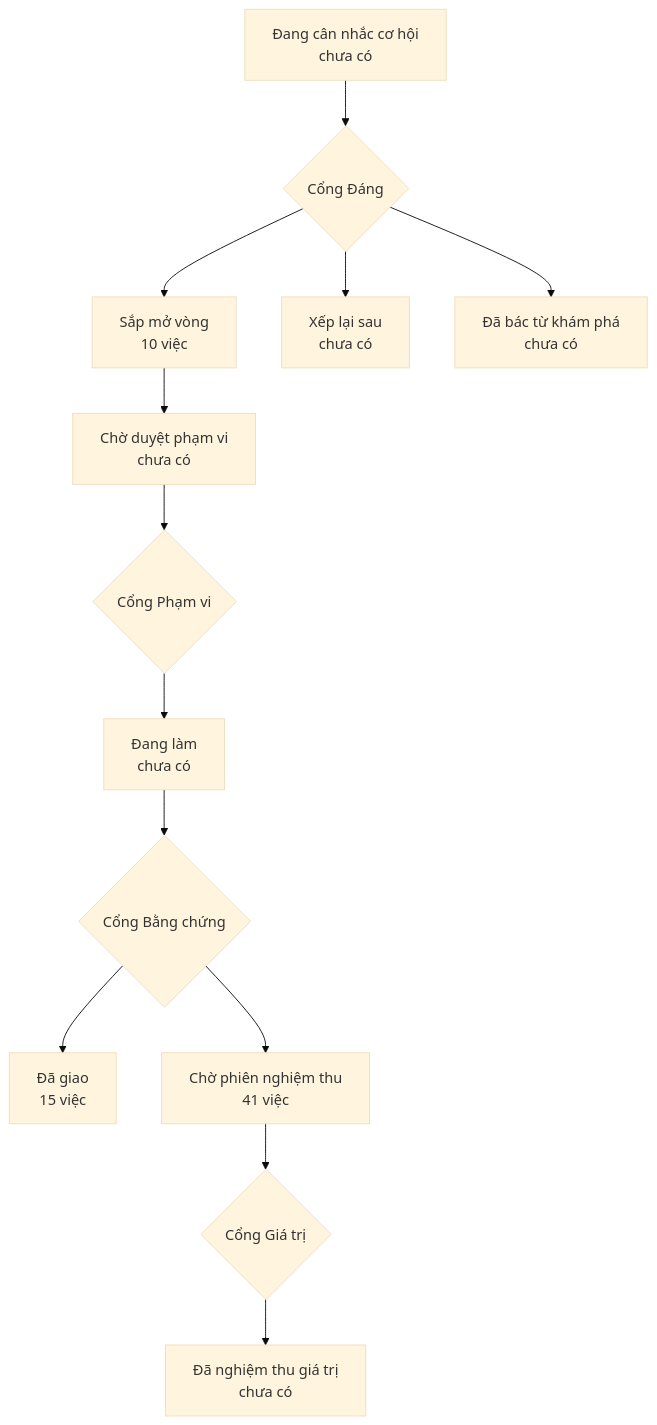
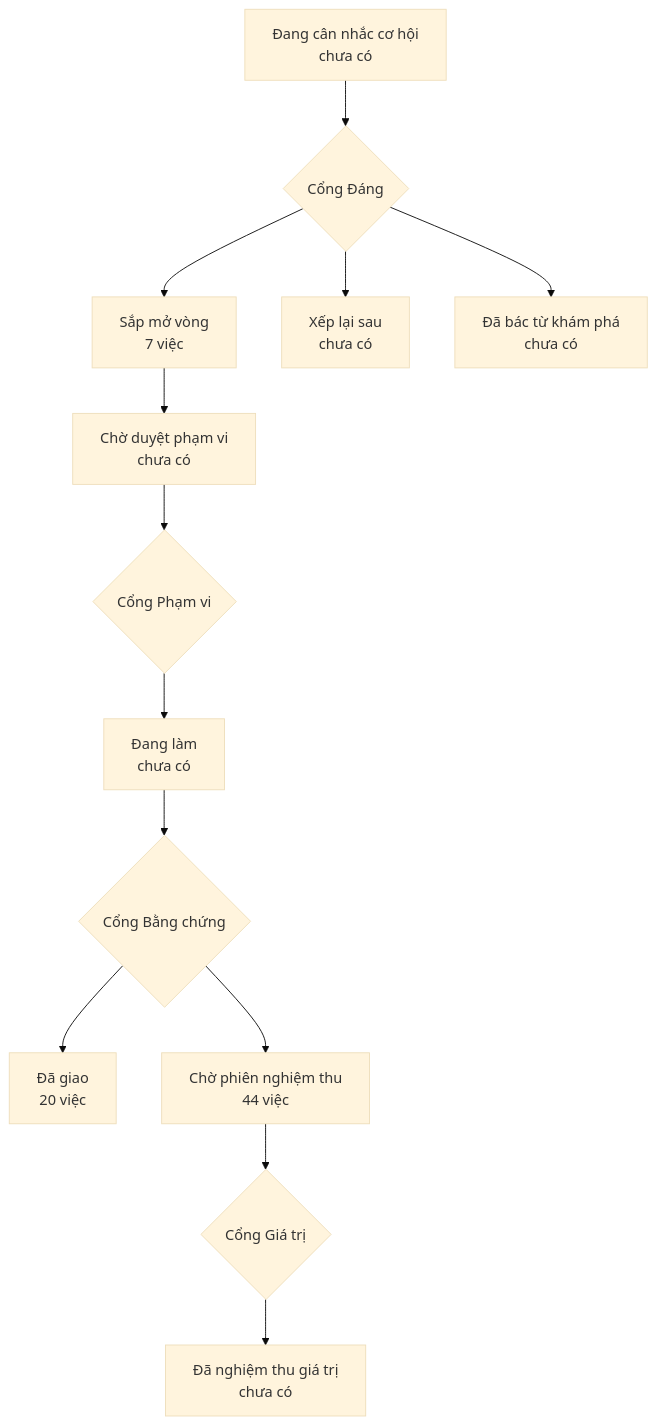
Before and after one commit to phanlemanh/onehub-quy-hang: the diagram in PRODUCT-MAP.md, drawn with Mermaid (base theme). The commit also changed other lines of this file and 1 other file, not shown here.

Commit message:
chore(lo-trinh): vẽ lại bản đồ sau gộp main

````diff
--- a/PRODUCT-MAP.md
+++ b/PRODUCT-MAP.md
@@ -7,12 +7,12 @@
 ```mermaid
 flowchart TD
   A["Đang cân nhắc cơ hội<br/>chưa có"] --> GD{"Cổng Đáng"}
-  GD --> B["Sắp mở vòng<br/>10 việc"]
+  GD --> B["Sắp mở vòng<br/>7 việc"]
   GD --> XL["Xếp lại sau<br/>chưa có"]
   GD --> DB["Đã bác từ khám phá<br/>chưa có"]
   B --> CD["Chờ duyệt phạm vi<br/>chưa có"] --> GP{"Cổng Phạm vi"}
   GP --> DL["Đang làm<br/>chưa có"] --> GB{"Cổng Bằng chứng"}
-  GB --> DG["Đã giao<br/>15 việc"]
-  GB --> CN["Chờ phiên nghiệm thu<br/>41 việc"] --> GG{"Cổng Giá trị"}
+  GB --> DG["Đã giao<br/>20 việc"]
+  GB --> CN["Chờ phiên nghiệm thu<br/>44 việc"] --> GG{"Cổng Giá trị"}
   GG --> NT["Đã nghiệm thu giá trị<br/>chưa có"]
 ```
````
